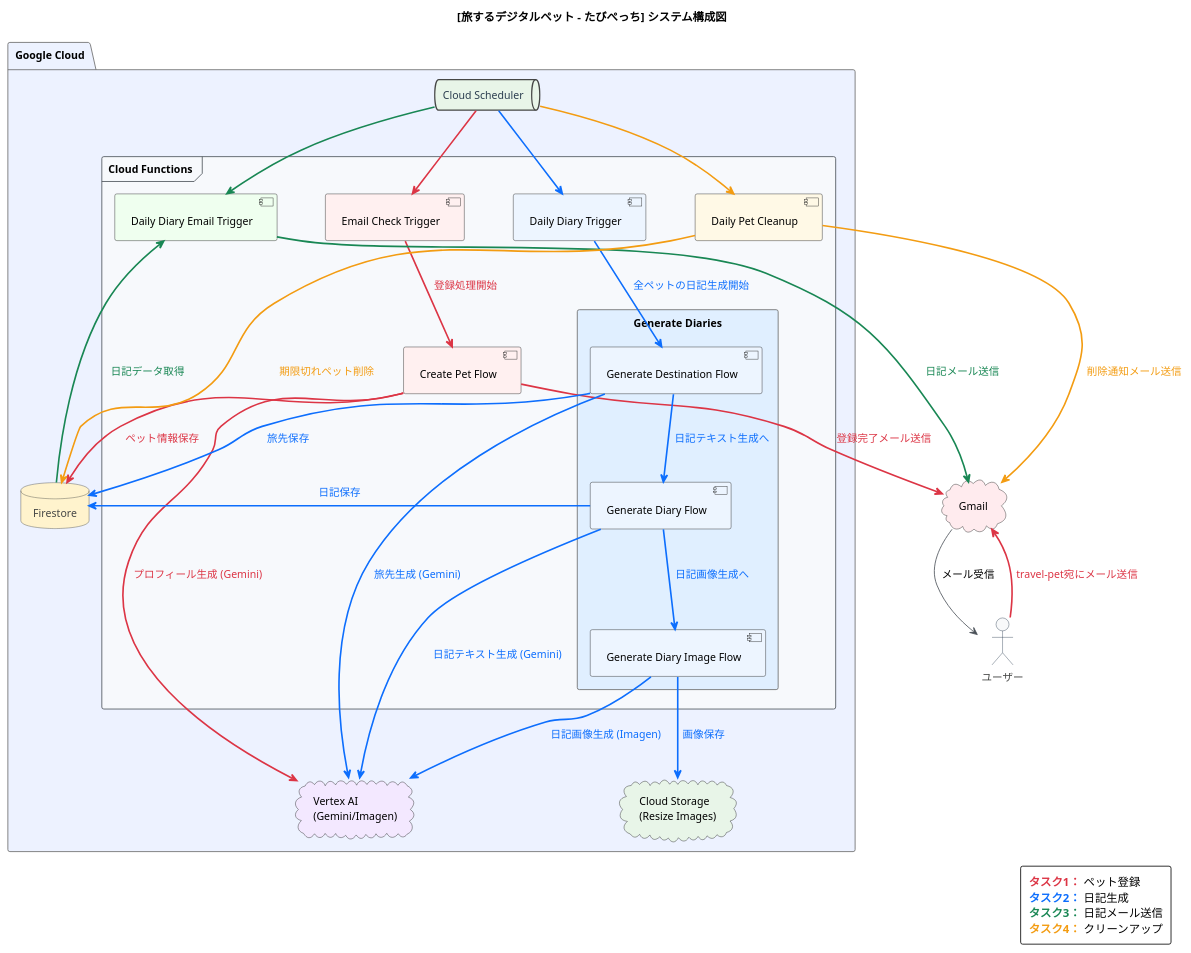
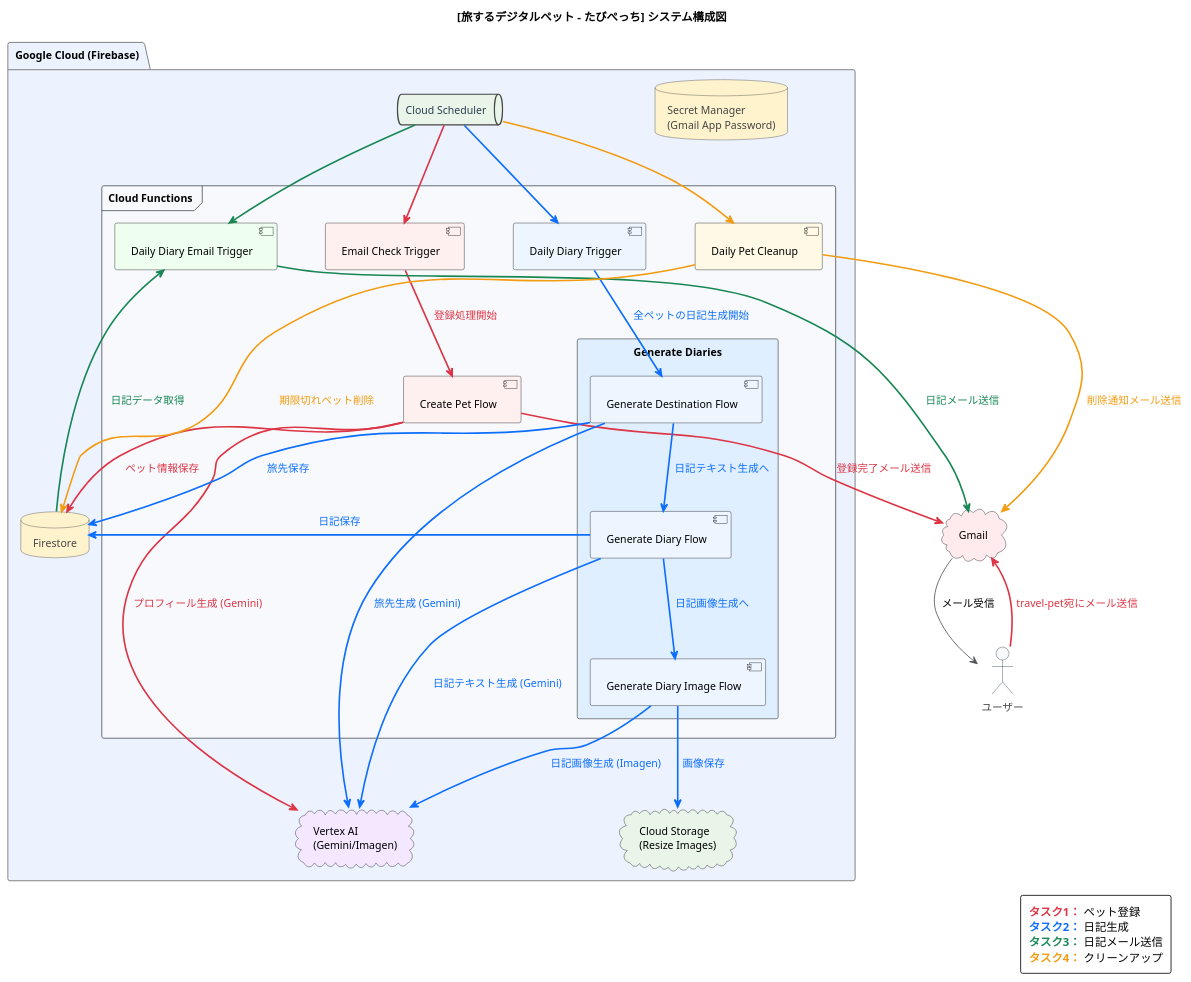
One commit to enu-kuro/travel-pet changed the diagram in systemDiagram.puml. Above: the diagram before and after it, drawn with PlantUML. The commit also changed 3 other files, not shown here.

```diff
--- a/systemDiagram.puml
+++ b/systemDiagram.puml
@@ -1,90 +1,91 @@
 @startuml
 '=== 全体設定 ===
 title [旅するデジタルペット – たびぺっち] システム構成図
 !theme vibrant
 top to bottom direction
 skinparam {
     DefaultFontName "Yu Gothic UI"
     DefaultFontSize 13
     padding 5
     Nodesep 60
     Ranksep 80
     shadowing false
     roundCorner 5
     actorBorderColor #2C3E50
     actorBackgroundColor #F8F9FA
     databaseBackgroundColor #FFF3CD
     cloudBackgroundColor #E3F2FD
     queueBackgroundColor #E8F5E8
     queueFontColor #2C3E50
     frame {
       BorderColor #495057
       BackgroundColor #FAFBFC
     }
     arrow {
       Color #495057
     }
 }
 
 '=== コンポーネント定義 ===
 actor "ユーザー" as User
 cloud "Gmail" as Gmail #FFEBEE
 
-package "Google Cloud" #EDF2FF {
+package "Google Cloud (Firebase)" #EDF2FF {
+    database "Secret Manager\n(Gmail App Password)" as SecretManager #FFF3CD
     queue "Cloud Scheduler" as CloudScheduler
     database "Firestore" as Firestore
     cloud "Cloud Storage\n(Resize Images)" as CloudStorage #E8F5E8
     cloud "Vertex AI\n(Gemini/Imagen)" as VertexAI #F3E8FF
 
     frame "Cloud Functions" #F7F9FC {
         [Email Check Trigger] as EmailCheck #FFF0F0
         [Create Pet Flow] as CreatePet #FFF0F0
         [Daily Diary Trigger] as DiaryTrigger #EDF5FF
 
         rectangle "Generate Diaries" #E0EFFF {
             [Generate Destination Flow] as GenerateDestination #EDF5FF
             [Generate Diary Flow]       as GenerateDiary #EDF5FF
             [Generate Diary Image Flow] as GenerateDiaryImage #EDF5FF
         }
 
         [Daily Diary Email Trigger] as DiaryEmail #EFFFEF
         [Daily Pet Cleanup]        as Cleanup #FFF9E6
     }
 }
 
 '=== フロー定義 ===
 User -[#DC3545,bold]-> Gmail : <color:#DC3545>travel-pet宛にメール送信</color>
 CloudScheduler -[#DC3545,bold]-> EmailCheck
 EmailCheck -[#DC3545,bold]-> CreatePet : <color:#DC3545>登録処理開始</color>
 CreatePet -[#DC3545,bold]-> VertexAI : <color:#DC3545>プロフィール生成 (Gemini)</color>
 CreatePet -[#DC3545,bold]-> Firestore : <color:#DC3545>ペット情報保存</color>
 CreatePet -[#DC3545,bold]-> Gmail : <color:#DC3545>登録完了メール送信</color>
 
 CloudScheduler -[#0D6EFD,bold]-> DiaryTrigger
 DiaryTrigger -[#0D6EFD,bold]-> GenerateDestination : <color:#0D6EFD>全ペットの日記生成開始</color>
 GenerateDestination -[#0D6EFD,bold]-> VertexAI : <color:#0D6EFD>旅先生成 (Gemini)</color>
 GenerateDestination -[#0D6EFD,bold]-> Firestore : <color:#0D6EFD>旅先保存</color>
 GenerateDestination -[#0D6EFD,bold]-> GenerateDiary : <color:#0D6EFD>日記テキスト生成へ</color>
 GenerateDiary -[#0D6EFD,bold]-> VertexAI : <color:#0D6EFD>日記テキスト生成 (Gemini)</color>
 GenerateDiary -[#0D6EFD,bold]-> Firestore : <color:#0D6EFD>日記保存</color>
 GenerateDiary -[#0D6EFD,bold]-> GenerateDiaryImage : <color:#0D6EFD>日記画像生成へ</color>
 GenerateDiaryImage -[#0D6EFD,bold]-> VertexAI : <color:#0D6EFD>日記画像生成 (Imagen)</color>
 GenerateDiaryImage -[#0D6EFD,bold]-> CloudStorage : <color:#0D6EFD>画像保存</color>
 
 CloudScheduler -[#198754,bold]-> DiaryEmail
 Firestore -[#198754,bold]-> DiaryEmail : <color:#198754>日記データ取得</color>
 DiaryEmail -[#198754,bold]-> Gmail : <color:#198754>日記メール送信</color>
 
 CloudScheduler -[#F39C12,bold]-> Cleanup
 Cleanup -[#F39C12,bold]-> Firestore : <color:#F39C12>期限切れペット削除</color>
 Cleanup -[#F39C12,bold]-> Gmail : <color:#F39C12>削除通知メール送信</color>
 
 Gmail -> User : メール受信
 
 legend right
   <font color=#DC3545><b>タスク1：</b></font> ペット登録
   <font color=#0D6EFD><b>タスク2：</b></font> 日記生成
   <font color=#198754><b>タスク3：</b></font> 日記メール送信
   <font color=#F39C12><b>タスク4：</b></font> クリーンアップ
 endlegend
 @enduml
```
